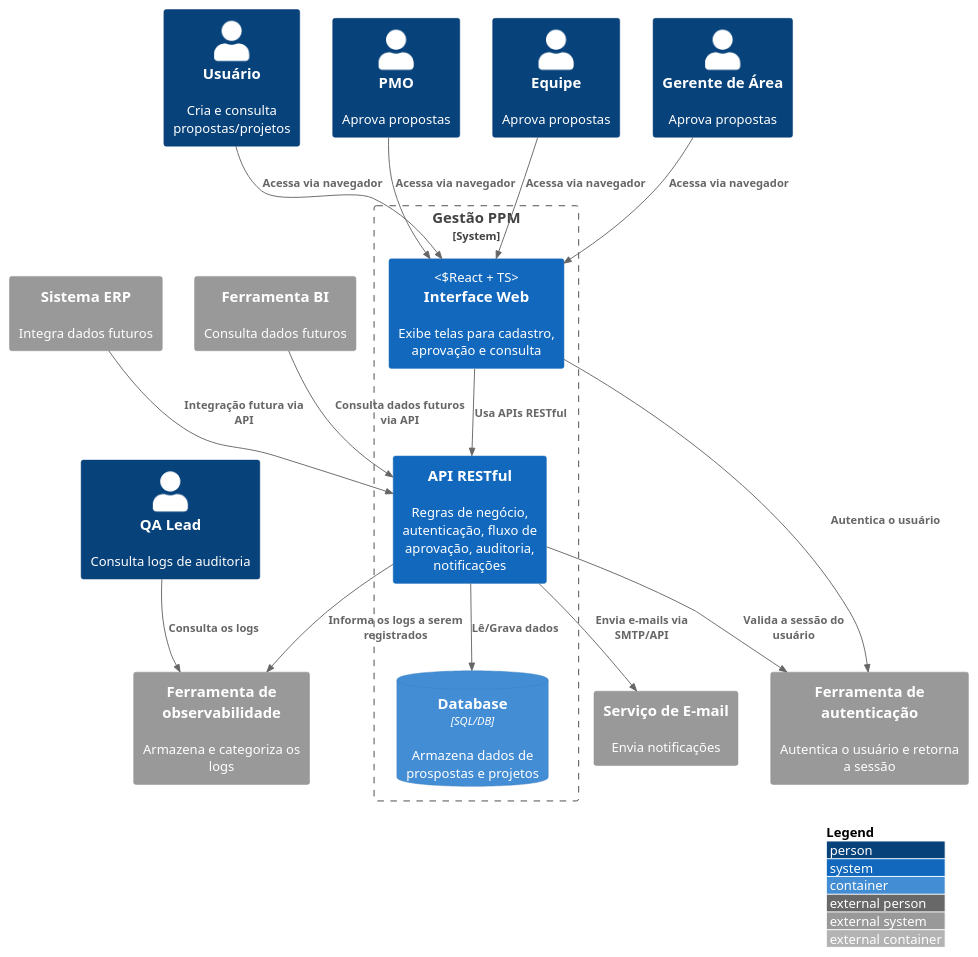
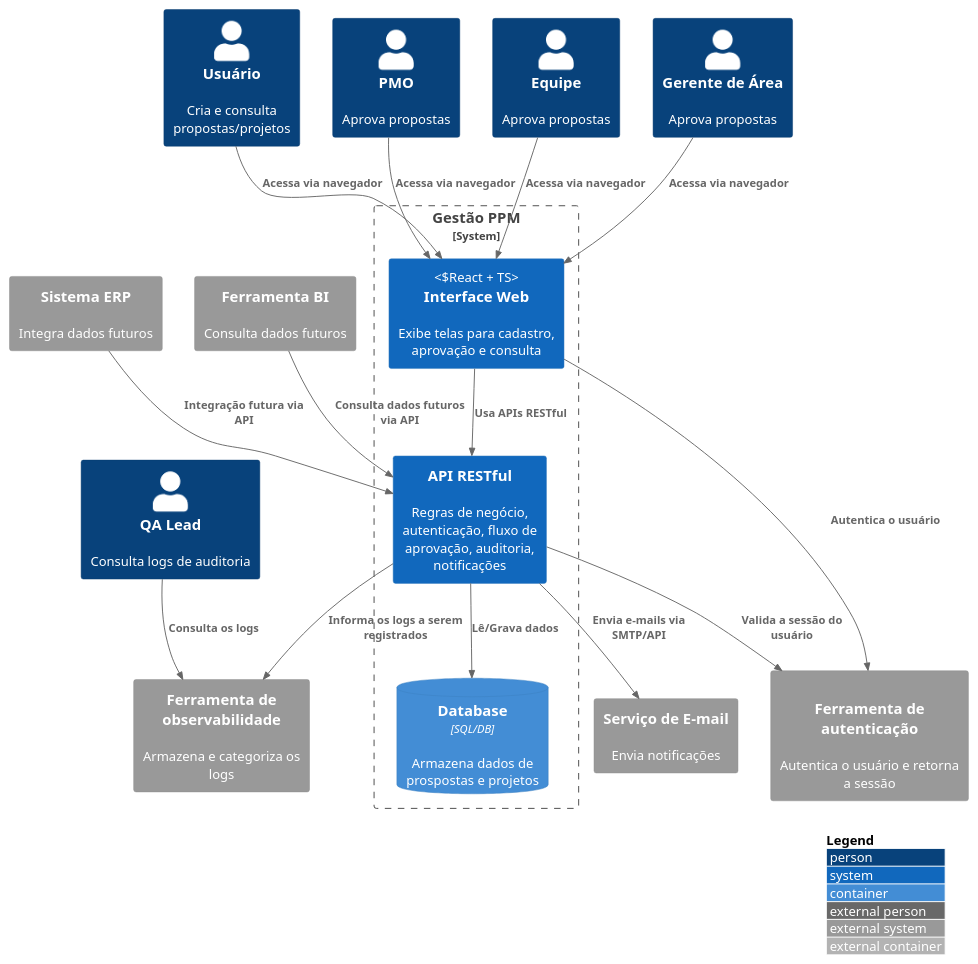
Before and after one commit to Hiago75/ppm-lab-project: the diagram in docs/02_Arquitetura/Diagramas/C4-2-Diagrama-de-Containers-v1.0.puml, drawn with PlantUML. The commit also changed 3 other files, not shown here.

```diff
--- a/docs/02_Arquitetura/Diagramas/C4-2-Diagrama-de-Containers-v1.0.puml
+++ b/docs/02_Arquitetura/Diagramas/C4-2-Diagrama-de-Containers-v1.0.puml
@@ -1,38 +1,38 @@
 @startuml C4-2-Diagrama-de-containers
 !include https://raw.githubusercontent.com/plantuml-stdlib/C4-PlantUML/master/C4_Container.puml
 
 Person(User, "Usuário", "Cria e consulta propostas/projetos")
 Person(PMO, "PMO", "Aprova propostas")
 Person(Team, "Equipe", "Aprova propostas")
 Person(Manager, "Gerente de Área", "Aprova propostas")
 Person(QA, "QA Lead", "Consulta logs de auditoria")
 
 System_Boundary(s1, "Gestão PPM") {
   System(FrontEnd, "Interface Web", "Exibe telas para cadastro, aprovação e consulta", "React + TS")
   System(BackEnd, "API RESTful", "Regras de negócio, autenticação, fluxo de aprovação, auditoria, notificações")
   ContainerDb(Database, "Database", "SQL/DB", "Armazena dados de prospostas e projetos")
 }
 
 System_Ext(Email, "Serviço de E-mail", "Envia notificações")
 System_Ext(ERP, "Sistema ERP", "Integra dados futuros")
 System_Ext(BI, "Ferramenta BI", "Consulta dados futuros")
 System_Ext(Monitoring, "Ferramenta de observabilidade", "Armazena e categoriza os logs")
-System_Ext(Auth, "Ferramenta de autenticação", "Autentica o usuário e retorna a sessão")
+System_Ext(Auth, "Ferramenta de autenticação", "Autentica o usuário e retorna a sessão", "Keycloak")
 
 Rel(User, FrontEnd, "Acessa via navegador", "")
 Rel(PMO, FrontEnd, "Acessa via navegador", "")
 Rel(Team, FrontEnd, "Acessa via navegador", "")
 Rel(Manager, FrontEnd, "Acessa via navegador", "")
 Rel(QA, Monitoring, "Consulta os logs", "")
 
 Rel(FrontEnd, Auth, "Autentica o usuário")
 Rel(BackEnd, Auth, "Valida a sessão do usuário")
 Rel(FrontEnd, BackEnd, "Usa APIs RESTful")
 Rel(BackEnd, Database, "Lê/Grava dados")
 Rel(BackEnd, Email, "Envia e-mails via SMTP/API")
 Rel(ERP, BackEnd, "Integração futura via API")
 Rel(BI, BackEnd, "Consulta dados futuros via API")
 Rel(BackEnd, Monitoring, "Informa os logs a serem registrados")
 
 LAYOUT_WITH_LEGEND()
 @enduml
```
